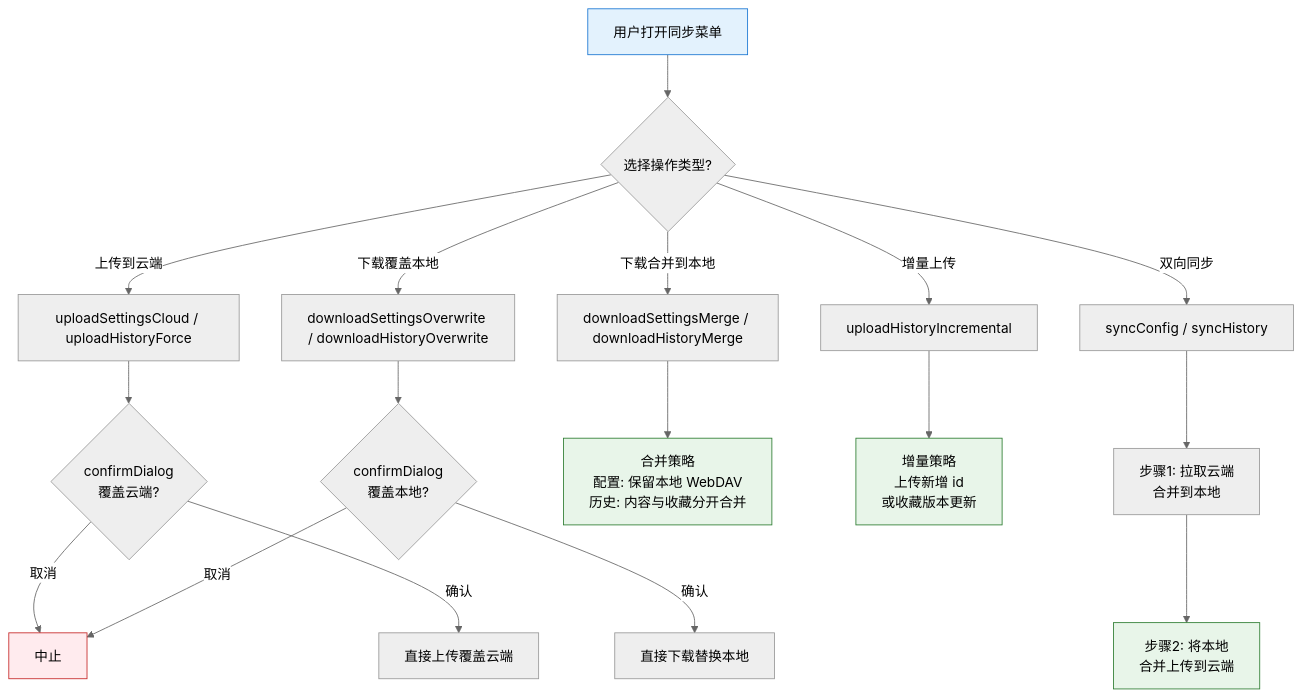
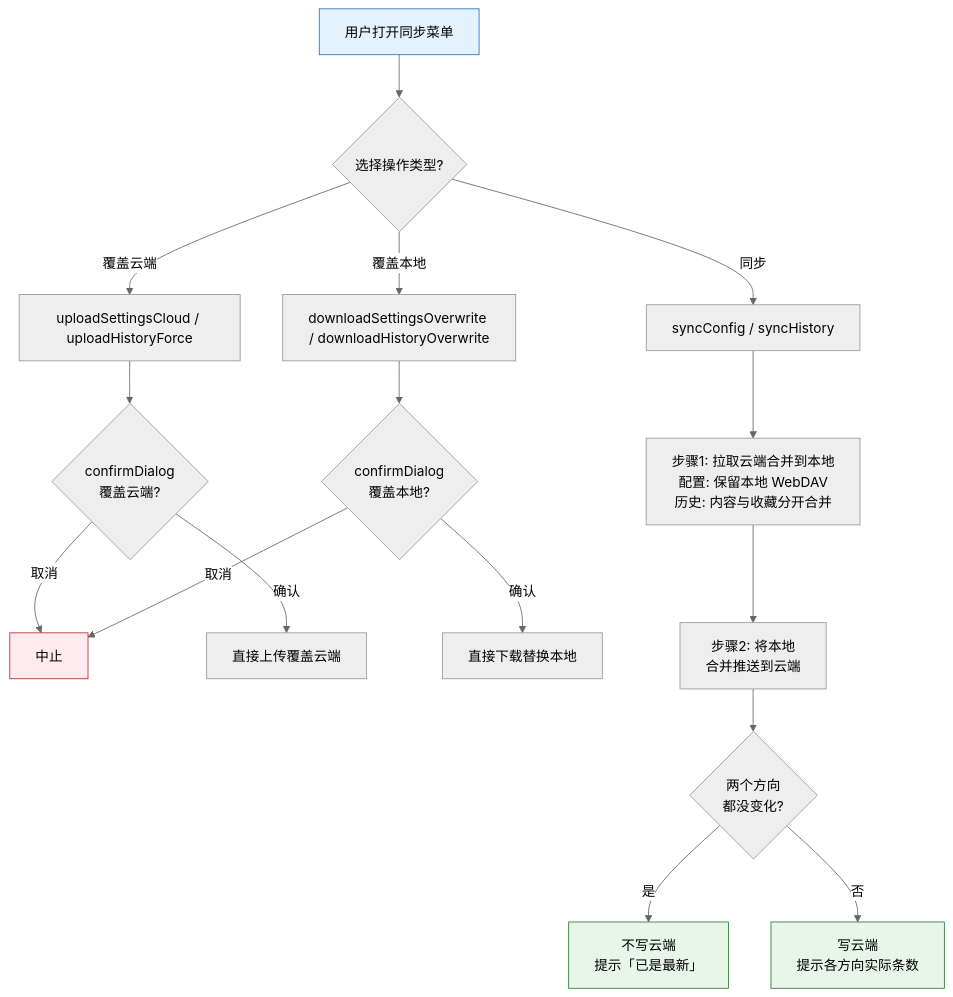
Before and after one commit to joeyliu6/PicNexus: the third of 3 diagrams in docs/flows/sync-flow.md, drawn with Mermaid (neutral theme). The commit also changed other lines of this file and 2 other files, not shown here.

Commit message:
docs(sync): match the sync flow chart to the three entries that exist
Diagram 3 drew five branches, two of which ("incremental upload", "download
and merge into local") were never reachable from the UI. Redraw it with the
three real entries and add the new "nothing changed -> skip the cloud write"
branch.

Also records the removal and the honest-reporting fix in
docs/audits/orphan-sync-entries-2026-09-08.md, including which retargeted
test now guards which contract.

````diff
--- a/docs/flows/sync-flow.md
+++ b/docs/flows/sync-flow.md
@@ -134,33 +134,29 @@
 ```mermaid
 flowchart TD
     A[用户打开同步菜单] --> B{选择操作类型?}
 
-    B -- 上传到云端 --> U1[uploadSettingsCloud / uploadHistoryForce]
-    B -- 下载覆盖本地 --> D1[downloadSettingsOverwrite / downloadHistoryOverwrite]
-    B -- 下载合并到本地 --> D2[downloadSettingsMerge / downloadHistoryMerge]
-    B -- 增量上传 --> U2[uploadHistoryIncremental]
-    B -- 双向同步 --> S1[syncConfig / syncHistory]
+    B -- 覆盖云端 --> U1[uploadSettingsCloud / uploadHistoryForce]
+    B -- 覆盖本地 --> D1[downloadSettingsOverwrite / downloadHistoryOverwrite]
+    B -- 同步 --> S1[syncConfig / syncHistory]
 
     %% 覆盖类操作：二次确认
     U1 --> U1C{confirmDialog<br/>覆盖云端?}
     D1 --> D1C{confirmDialog<br/>覆盖本地?}
     U1C -- 取消 --> X[中止]
     D1C -- 取消 --> X
     U1C -- 确认 --> U1E[直接上传覆盖云端]
     D1C -- 确认 --> D1E[直接下载替换本地]
 
-    %% 合并类操作：无确认直接执行
-    D2 --> D2E["合并策略<br/>配置: 保留本地 WebDAV<br/>历史: 内容与收藏分开合并"]
-    U2 --> U2E["增量策略<br/>上传新增 id<br/>或收藏版本更新"]
-
-    %% 双向同步：先拉取合并 → 再上传合并
-    S1 --> S1A[步骤1: 拉取云端<br/>合并到本地]
-    S1A --> S1B[步骤2: 将本地<br/>合并上传到云端]
+    %% 同步：无确认直接执行，先拉取合并 → 再推送合并
+    S1 --> S1A["步骤1: 拉取云端合并到本地<br/>配置: 保留本地 WebDAV<br/>历史: 内容与收藏分开合并"]
+    S1A --> S1B[步骤2: 将本地<br/>合并推送到云端]
+    S1B --> S1C{两个方向<br/>都没变化?}
+    S1C -- 是 --> S1D["不写云端<br/>提示「已是最新」"]
+    S1C -- 否 --> S1E["写云端<br/>提示各方向实际条数"]
 
     %% 样式
     style A fill:#e3f2fd,stroke:#1976d2
     style X fill:#ffebee,stroke:#c62828
-    style D2E fill:#e8f5e9,stroke:#2e7d32
-    style U2E fill:#e8f5e9,stroke:#2e7d32
-    style S1B fill:#e8f5e9,stroke:#2e7d32
+    style S1D fill:#e8f5e9,stroke:#2e7d32
+    style S1E fill:#e8f5e9,stroke:#2e7d32
 ```
````
